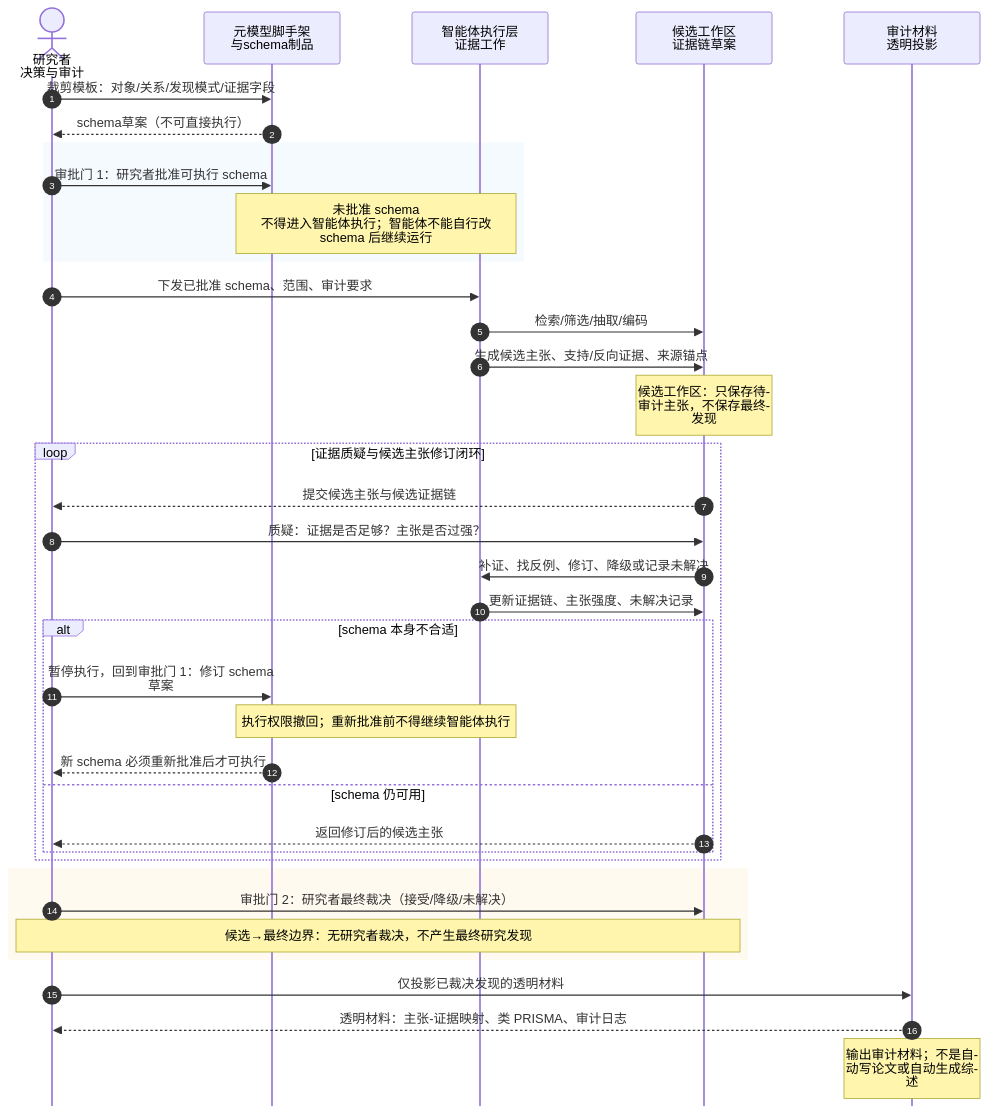
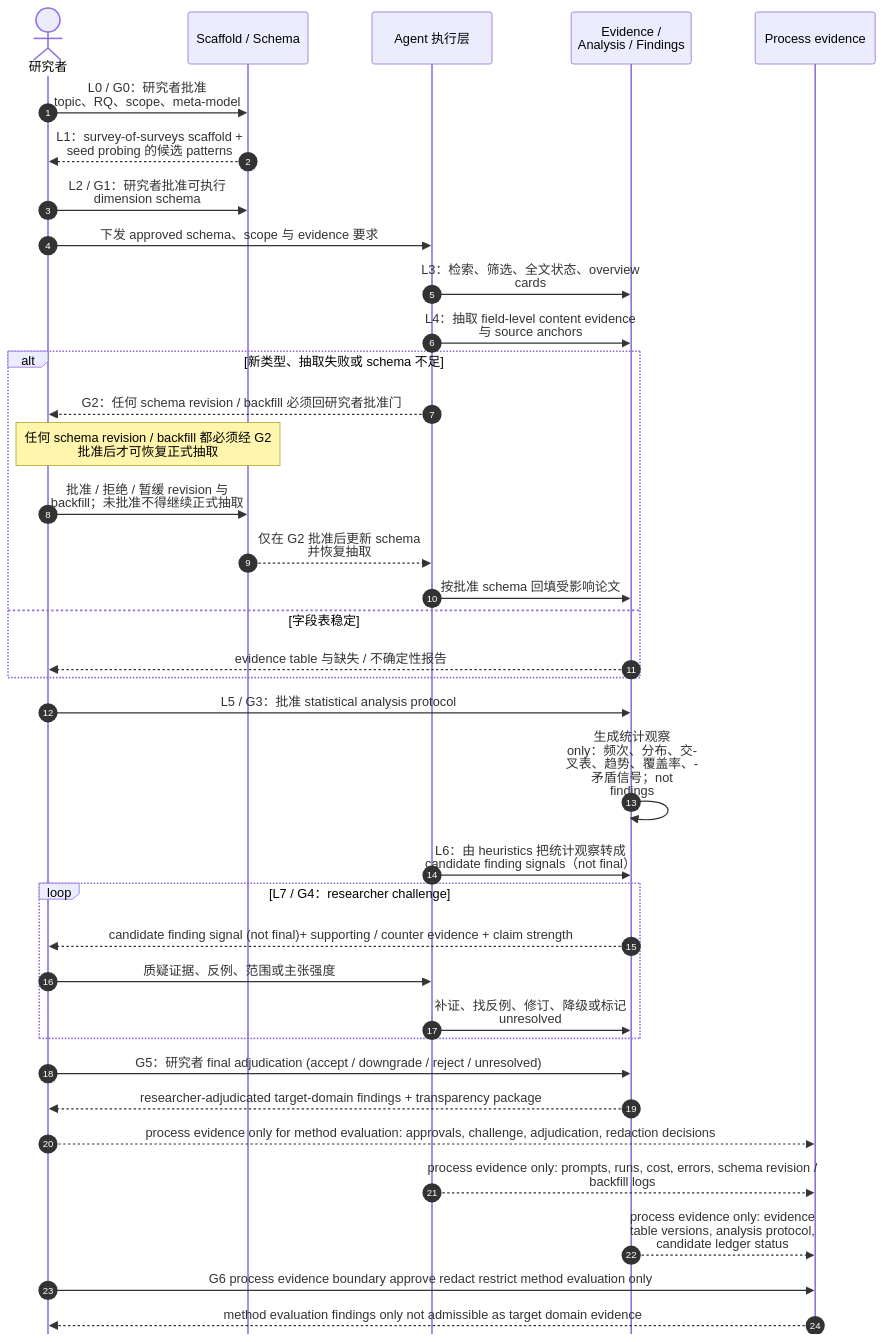
One commit to HansBug/research_ideas changed the diagram in project_1_llm_state_machine_modeling/paper_agent_based_slr/story/paper_story.md. Above: the diagram before and after it, drawn with Mermaid. The commit also changed other lines of this file and 13 other files, not shown here.

````diff
--- a/project_1_llm_state_machine_modeling/paper_agent_based_slr/story/paper_story.md
+++ b/project_1_llm_state_machine_modeling/paper_agent_based_slr/story/paper_story.md
@@ -66,44 +56,46 @@
 ```mermaid
-%%{init: {"sequence": {"mirrorActors": false, "wrap": true, "width": 170, "actorMargin": 90, "messageMargin": 48, "noteMargin": 12}}}%%
+%%{init: {"sequence": {"mirrorActors": false, "wrap": true, "width": 150, "actorMargin": 80, "messageMargin": 45, "noteMargin": 10}}}%%
 sequenceDiagram
   autonumber
-  actor H as 研究者<br/>决策与审计
-  participant S as 元模型脚手架<br/>与schema制品
-  participant A as 智能体执行层<br/>证据工作
-  participant E as 候选工作区<br/>证据链草案
-  participant R as 审计材料<br/>透明投影
+  actor R as 研究者
+  participant S as Scaffold / Schema
+  participant A as Agent 执行层
+  participant E as Evidence / Analysis / Findings
+  participant P as Process evidence
 
-  H->>S: 裁剪模板：对象/关系/发现模式/证据字段
-  S-->>H: schema草案（不可直接执行）
-  rect rgb(245, 250, 255)
-    H->>S: 审批门 1：研究者批准可执行 schema
-    Note over S,A: 未批准 schema 不得进入智能体执行；智能体不能自行改 schema 后继续运行
+  R->>S: L0 / G0：研究者批准 topic、RQ、scope、meta-model
+  S-->>R: L1：survey-of-surveys scaffold + seed probing 的候选 patterns
+  R->>S: L2 / G1：研究者批准可执行 dimension schema
+  R->>A: 下发 approved schema、scope 与 evidence 要求
+  A->>E: L3：检索、筛选、全文状态、overview cards
+  A->>E: L4：抽取 field-level content evidence 与 source anchors
+
+  alt 新类型、抽取失败或 schema 不足
+    A-->>R: G2：任何 schema revision / backfill 必须回研究者批准门
+    Note over R,S: 任何 schema revision / backfill 都必须经 G2 批准后才可恢复正式抽取
+    R->>S: 批准 / 拒绝 / 暂缓 revision 与 backfill；未批准不得继续正式抽取
+    S-->>A: 仅在 G2 批准后更新 schema 并恢复抽取
+    A->>E: 按批准 schema 回填受影响论文
+  else 字段表稳定
+    E-->>R: evidence table 与缺失 / 不确定性报告
   end
 
-  H->>A: 下发已批准 schema、范围、审计要求
-  A->>E: 检索/筛选/抽取/编码
-  A->>E: 生成候选主张、支持/反向证据、来源锚点
-  Note over E: 候选工作区：只保存待审计主张，不保存最终发现
+  R->>E: L5 / G3：批准 statistical analysis protocol
+  E->>E: 生成统计观察 only：频次、分布、交叉表、趋势、覆盖率、矛盾信号；not findings
+  A->>E: L6：由 heuristics 把统计观察转成 candidate finding signals（not final）
 
-  loop 证据质疑与候选主张修订闭环
-    E-->>H: 提交候选主张与候选证据链
-    H->>E: 质疑：证据是否足够？主张是否过强？
-    E->>A: 补证、找反例、修订、降级或记录未解决
-    A->>E: 更新证据链、主张强度、未解决记录
-    alt schema 本身不合适
-      H->>S: 暂停执行，回到审批门 1：修订 schema 草案
-      Note over S,A: 执行权限撤回；重新批准前不得继续智能体执行
-      S-->>H: 新 schema 必须重新批准后才可执行
-    else schema 仍可用
-      E-->>H: 返回修订后的候选主张
-    end
+  loop L7 / G4：researcher challenge
+    E-->>R: candidate finding signal (not final)+ supporting / counter evidence + claim strength
+    R->>A: 质疑证据、反例、范围或主张强度
+    A->>E: 补证、找反例、修订、降级或标记 unresolved
   end
 
-  rect rgb(255, 250, 240)
-    H->>E: 审批门 2：研究者最终裁决（接受/降级/未解决）
-    Note over H,E: 候选→最终边界：无研究者裁决，不产生最终研究发现
-  end
-  H->>R: 仅投影已裁决发现的透明材料
-  R-->>H: 透明材料：主张-证据映射、类 PRISMA、审计日志
-  Note over R: 输出审计材料；不是自动写论文或自动生成综述
+  R->>E: G5：研究者 final adjudication (accept / downgrade / reject / unresolved)
+  E-->>R: researcher-adjudicated target-domain findings + transparency package
+
+  R-->>P: process evidence only for method evaluation: approvals, challenge, adjudication, redaction decisions
+  A-->>P: process evidence only: prompts, runs, cost, errors, schema revision / backfill logs
+  E-->>P: process evidence only: evidence table versions, analysis protocol, candidate ledger status
+  R->>P: G6 process evidence boundary approve redact restrict method evaluation only
+  P-->>R: method evaluation findings only not admissible as target domain evidence
 ```
````
